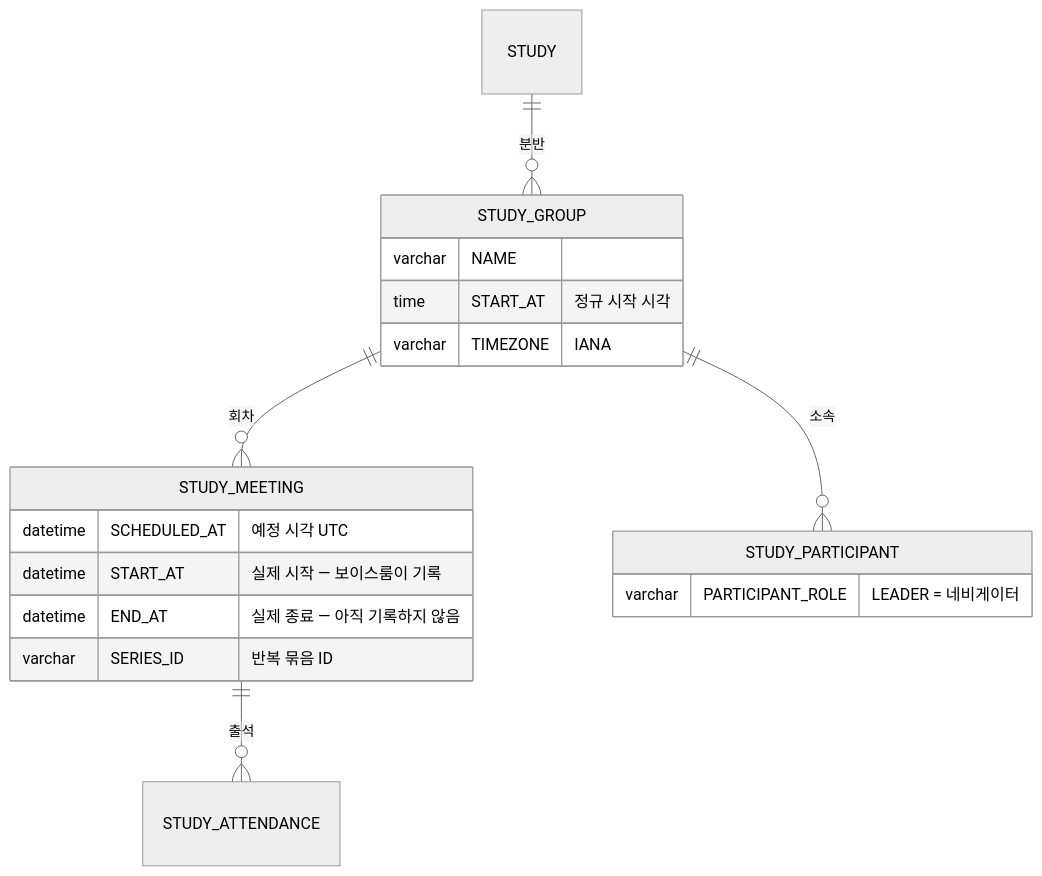
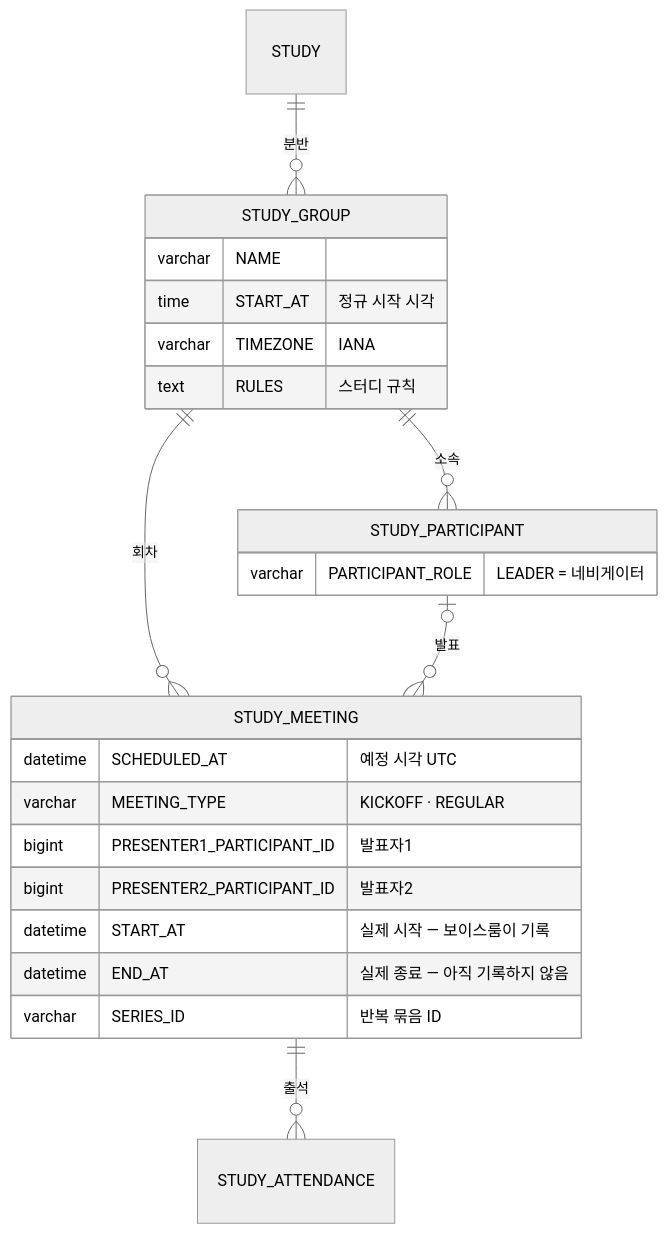
Before and after one commit to StudyClub-PlusPlus/studyclub-engineering: the second of 2 diagrams in planning/stories/navigator-register-sessions/PRD.md, drawn with Mermaid (neutral theme). The commit also changed other lines of this file and 22 other files, not shown here.

````diff
--- a/planning/stories/navigator-register-sessions/PRD.md
+++ b/planning/stories/navigator-register-sessions/PRD.md
@@ -199,21 +290,26 @@
 ```mermaid
 erDiagram
   STUDY ||--o{ STUDY_GROUP : "분반"
   STUDY_GROUP ||--o{ STUDY_MEETING : "회차"
   STUDY_GROUP ||--o{ STUDY_PARTICIPANT : "소속"
   STUDY_MEETING ||--o{ STUDY_ATTENDANCE : "출석"
+  STUDY_PARTICIPANT |o--o{ STUDY_MEETING : "발표"
   STUDY_GROUP {
     varchar NAME
     time START_AT "정규 시작 시각"
     varchar TIMEZONE "IANA"
+    text RULES "스터디 규칙"
   }
   STUDY_MEETING {
     datetime SCHEDULED_AT "예정 시각 UTC"
+    varchar MEETING_TYPE "KICKOFF · REGULAR"
+    bigint PRESENTER1_PARTICIPANT_ID "발표자1"
+    bigint PRESENTER2_PARTICIPANT_ID "발표자2"
     datetime START_AT "실제 시작 — 보이스룸이 기록"
     datetime END_AT "실제 종료 — 아직 기록하지 않음"
     varchar SERIES_ID "반복 묶음 ID"
   }
   STUDY_PARTICIPANT {
     varchar PARTICIPANT_ROLE "LEADER = 네비게이터"
   }
 ```
````
